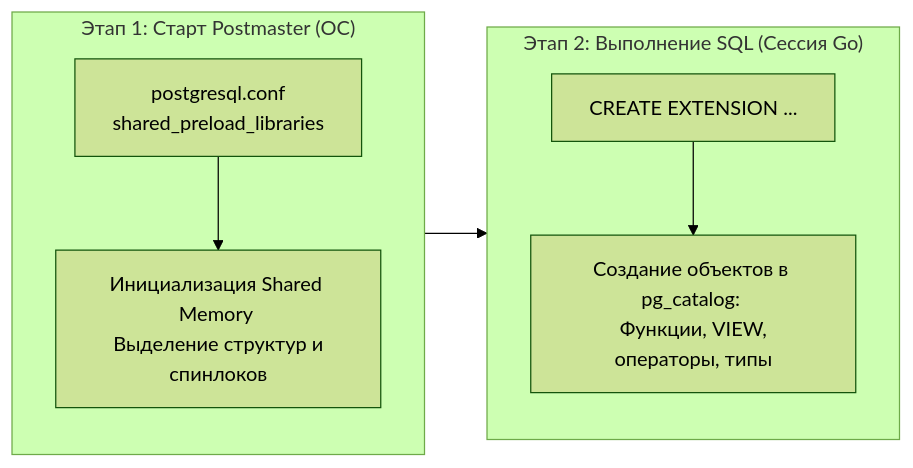
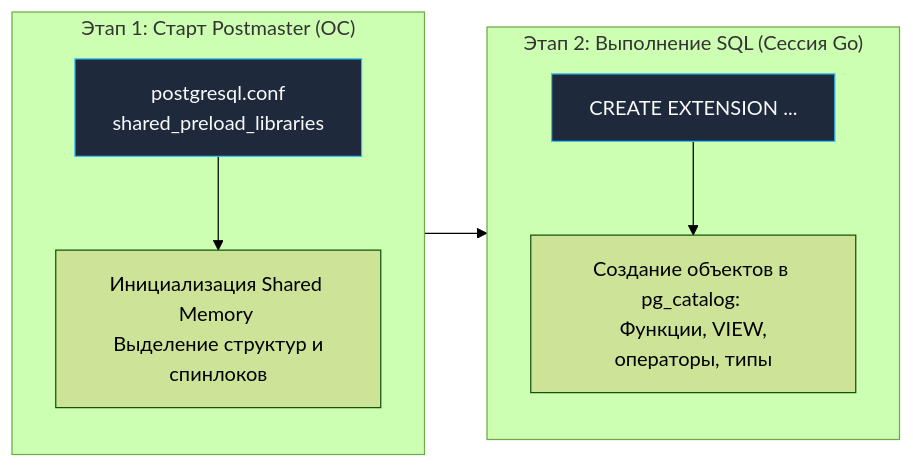
Before and after one commit to UnrealTemplier/go-textbook: the second of 3 diagrams in sources/12. Базы данных/06. PostgreSQL/7. Расширения PostgreSQL.md, drawn with Mermaid (forest theme). The commit also changed other lines of this file and 1666 other files, not shown here.

First line of the commit message:
feat(mermaid): add semantic color classDef to 1369 colorless flowchart/graph diagrams

````diff
--- a/sources/12. Базы данных/06. PostgreSQL/7. Расширения PostgreSQL.md
+++ b/sources/12. Базы данных/06. PostgreSQL/7. Расширения PostgreSQL.md
@@ -52,12 +62,22 @@
 ```mermaid
 flowchart LR
+    classDef process  fill:#1e293b,stroke:#38bdf8,stroke-width:1px,color:#f8fafc
+    classDef success  fill:#064e3b,stroke:#34d399,stroke-width:1px,color:#f8fafc
+    classDef error    fill:#7f1d1d,stroke:#f87171,stroke-width:1px,color:#f8fafc
+    classDef warning  fill:#78350f,stroke:#fbbf24,stroke-width:1px,color:#f8fafc
+    classDef entry    fill:#1e3a5f,stroke:#38bdf8,stroke-width:2px,color:#f8fafc
+    classDef aux      fill:#334155,stroke:#64748b,stroke-width:1px,color:#f8fafc
+    classDef system   fill:#312e81,stroke:#a78bfa,stroke-width:1px,color:#f8fafc
+    classDef data     fill:#132d29,stroke:#2dd4bf,stroke-width:1px,color:#f8fafc
+    classDef network  fill:#881337,stroke:#fb7185,stroke-width:1px,color:#f8fafc
+    classDef accent   fill:#1e1b4b,stroke:#818cf8,stroke-width:1px,color:#f8fafc
     subgraph BootStage ["Этап 1: Старт Postmaster (ОС)"]
-        Conf["postgresql.conf <br> shared_preload_libraries"] --> Postmaster["Инициализация Shared Memory <br> Выделение структур и спинлоков"]
+        Conf["postgresql.conf <br> shared_preload_libraries"]:::process --> Postmaster["Инициализация Shared Memory <br> Выделение структур и спинлоков"]
     end
 
     subgraph DDLStage ["Этап 2: Выполнение SQL (Сессия Go)"]
-        SQL["CREATE EXTENSION ..."] --> Catalog["Создание объектов в pg_catalog: <br> Функции, VIEW, операторы, типы"]
+        SQL["CREATE EXTENSION ..."]:::process --> Catalog["Создание объектов в pg_catalog: <br> Функции, VIEW, операторы, типы"]
     end
 
     BootStage --> DDLStage
 ```
````
